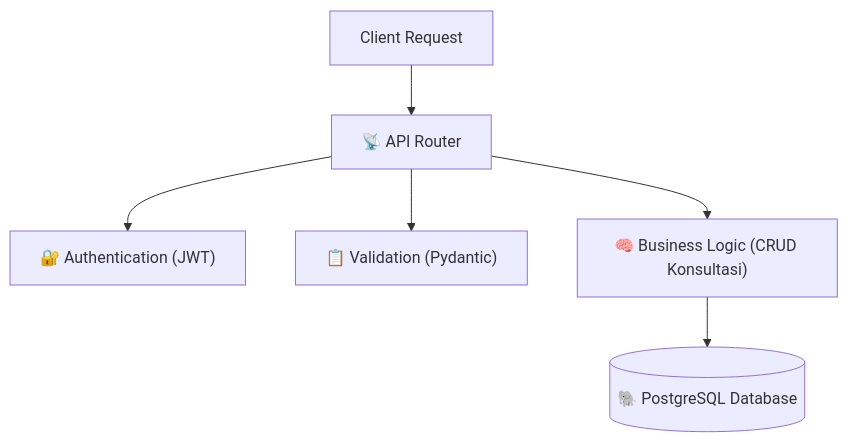
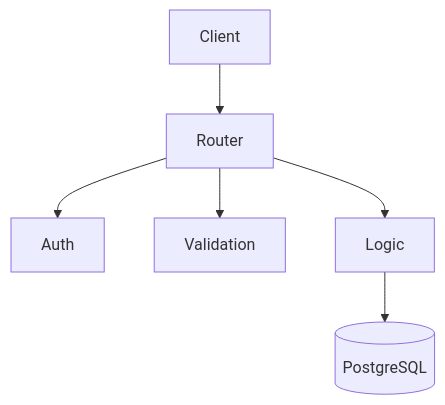
One commit to aidilsaputrakirsan-classroom/cc-kelompok-a-suksesss changed the third of 5 diagrams in docs/arsitektur-sistem.md. Above: the diagram before and after it, drawn with Mermaid. The commit also changed other lines of this file and 1 other file, not shown here.

````diff
--- a/docs/arsitektur-sistem.md
+++ b/docs/arsitektur-sistem.md
@@ -66,10 +66,10 @@
 ```mermaid
 graph TD
-    Client["Client Request"] --> Router["📡 API Router"]
-    
-    Router --> Auth["🔐 Authentication (JWT)"]
-    Router --> Validation["📋 Validation (Pydantic)"]
-    Router --> Logic["🧠 Business Logic (CRUD Konsultasi)"]
-    
-    Logic --> DB[("🐘 PostgreSQL Database")]
+    Client --> Router
+
+    Router --> Auth
+    Router --> Validation
+    Router --> Logic
+
+    Logic --> DB[(PostgreSQL)]
 ```
````
